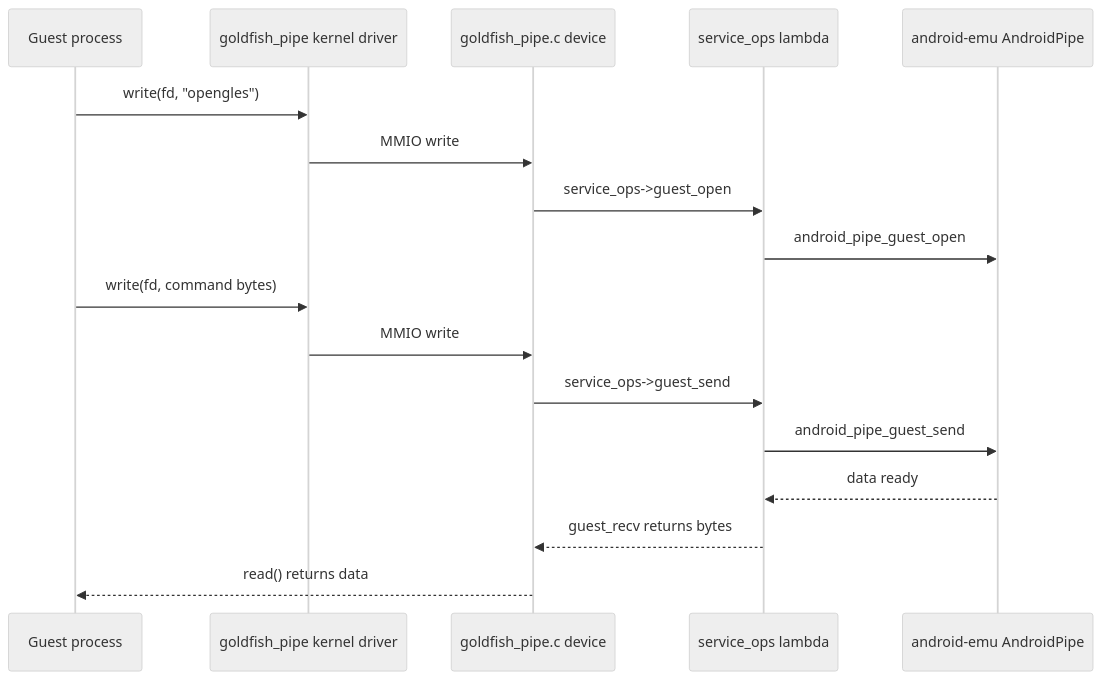
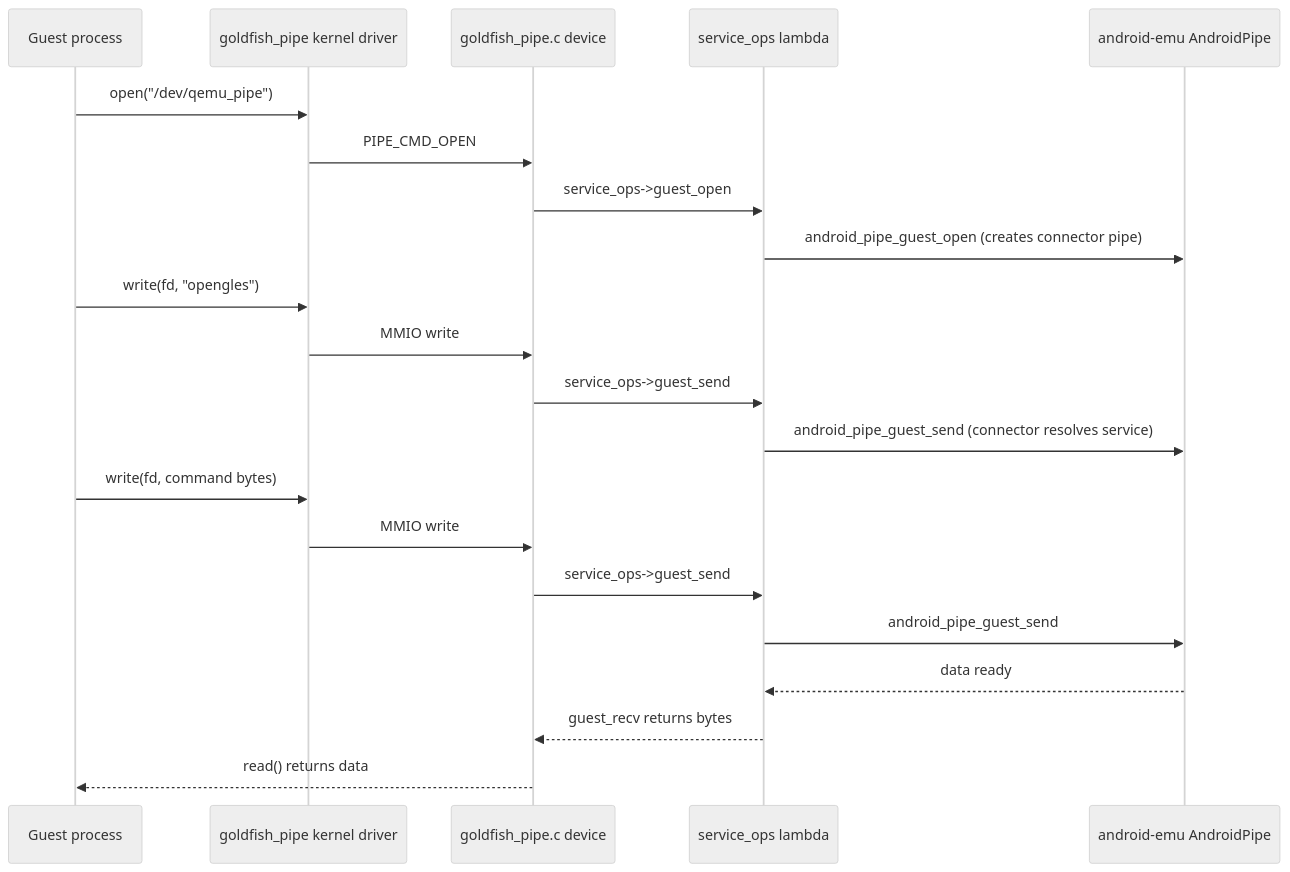
One commit to aospbooks/android-emulator-internal-book changed the eighth of 8 diagrams in 04-qemu-fork.md. Above: the diagram before and after it, drawn with Mermaid (neutral theme). The commit also changed other lines of this file and 31 other files, not shown here.

````diff
--- a/04-qemu-fork.md
+++ b/04-qemu-fork.md
@@ -597,20 +598,24 @@
 ```mermaid
 sequenceDiagram
     participant App as Guest process
     participant Drv as goldfish_pipe kernel driver
     participant Dev as goldfish_pipe.c device
     participant Glue as service_ops lambda
     participant Svc as android-emu AndroidPipe
 
+    App->>Drv: open("/dev/qemu_pipe")
+    Drv->>Dev: PIPE_CMD_OPEN
+    Dev->>Glue: service_ops->guest_open
+    Glue->>Svc: android_pipe_guest_open (creates connector pipe)
     App->>Drv: write(fd, "opengles")
     Drv->>Dev: MMIO write
-    Dev->>Glue: service_ops->guest_open
-    Glue->>Svc: android_pipe_guest_open
+    Dev->>Glue: service_ops->guest_send
+    Glue->>Svc: android_pipe_guest_send (connector resolves service)
     App->>Drv: write(fd, command bytes)
     Drv->>Dev: MMIO write
     Dev->>Glue: service_ops->guest_send
     Glue->>Svc: android_pipe_guest_send
     Svc-->>Glue: data ready
     Glue-->>Dev: guest_recv returns bytes
     Dev-->>App: read() returns data
 ```
````
